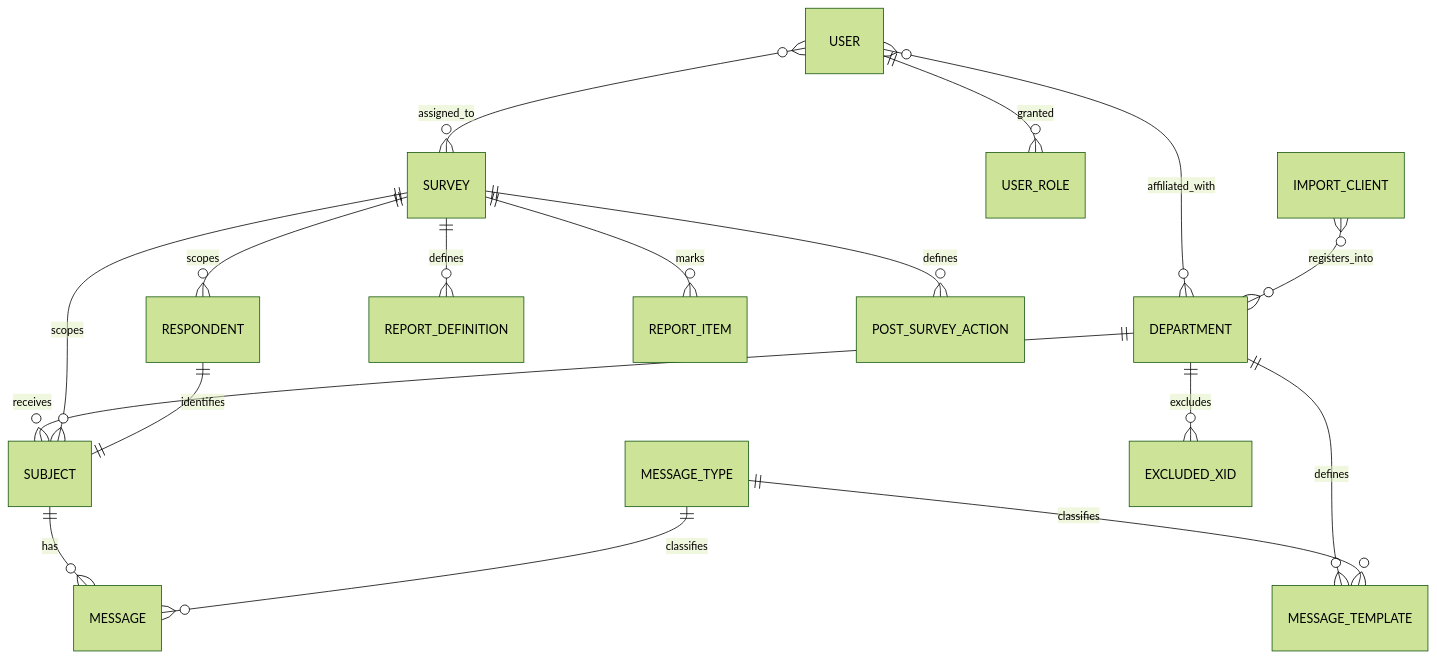
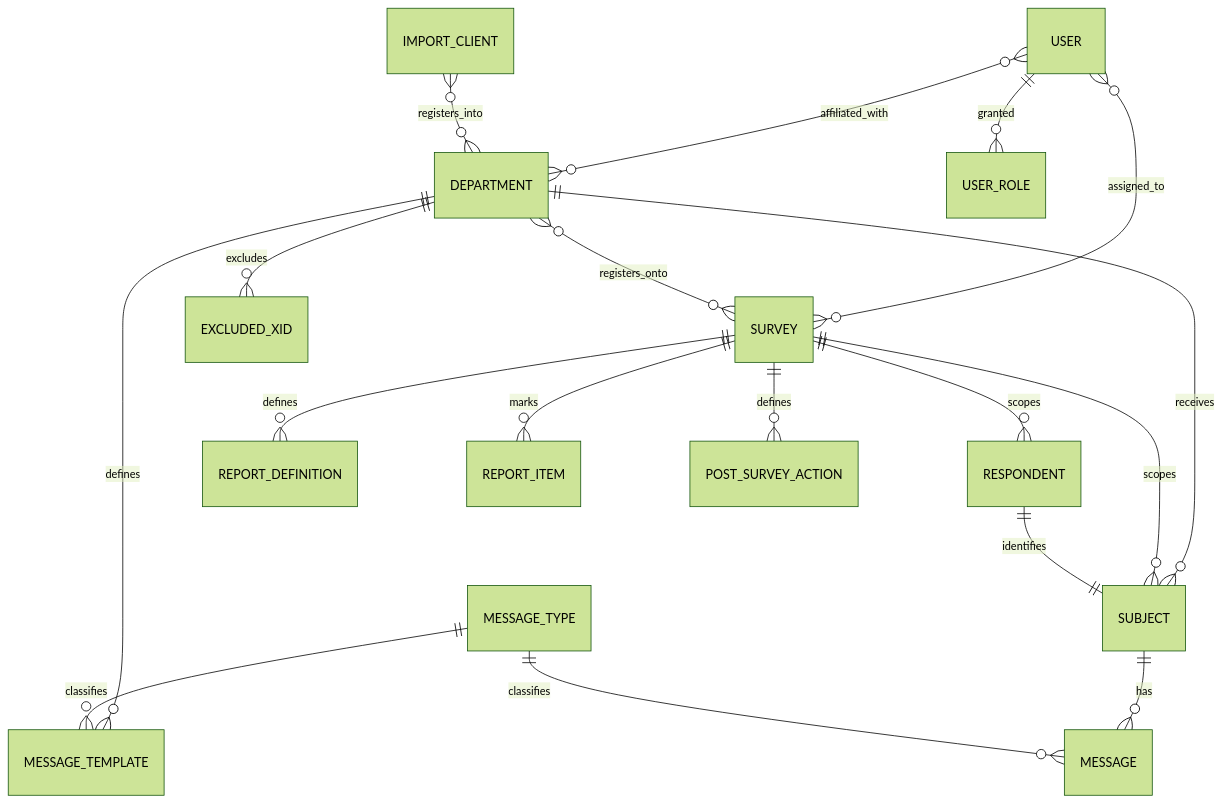
The diagram in docs/entity_model.md (ElicitSoftware/Admin), drawn with Mermaid (forest theme) before and after one commit. The commit also changed other lines of this file and 6 other files, not shown here.

First line of the commit message:
Specify department surveys and a CSV that names its survey (#182)

````diff
--- a/docs/entity_model.md
+++ b/docs/entity_model.md
@@ -22,24 +22,25 @@
 ```mermaid
 erDiagram
     DEPARTMENT ||--o{ SUBJECT : receives
     SURVEY ||--o{ SUBJECT : scopes
     RESPONDENT ||--|| SUBJECT : identifies
     SURVEY ||--o{ RESPONDENT : scopes
 
     SUBJECT ||--o{ MESSAGE : has
     MESSAGE_TYPE ||--o{ MESSAGE : classifies
 
     DEPARTMENT ||--o{ MESSAGE_TEMPLATE : defines
     MESSAGE_TYPE ||--o{ MESSAGE_TEMPLATE : classifies
 
     SURVEY ||--o{ REPORT_DEFINITION : defines
     SURVEY ||--o{ REPORT_ITEM : marks
     SURVEY ||--o{ POST_SURVEY_ACTION : defines
 
     DEPARTMENT ||--o{ EXCLUDED_XID : excludes
 
     USER ||--o{ USER_ROLE : granted
     USER }o--o{ DEPARTMENT : affiliated_with
     USER }o--o{ SURVEY : assigned_to
     IMPORT_CLIENT }o--o{ DEPARTMENT : registers_into
+    DEPARTMENT }o--o{ SURVEY : registers_onto
 ```
````
